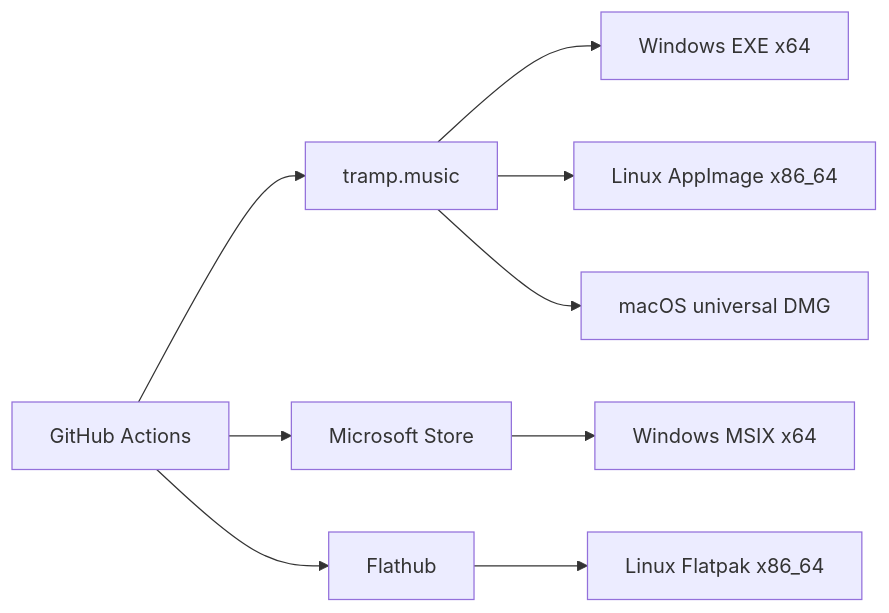
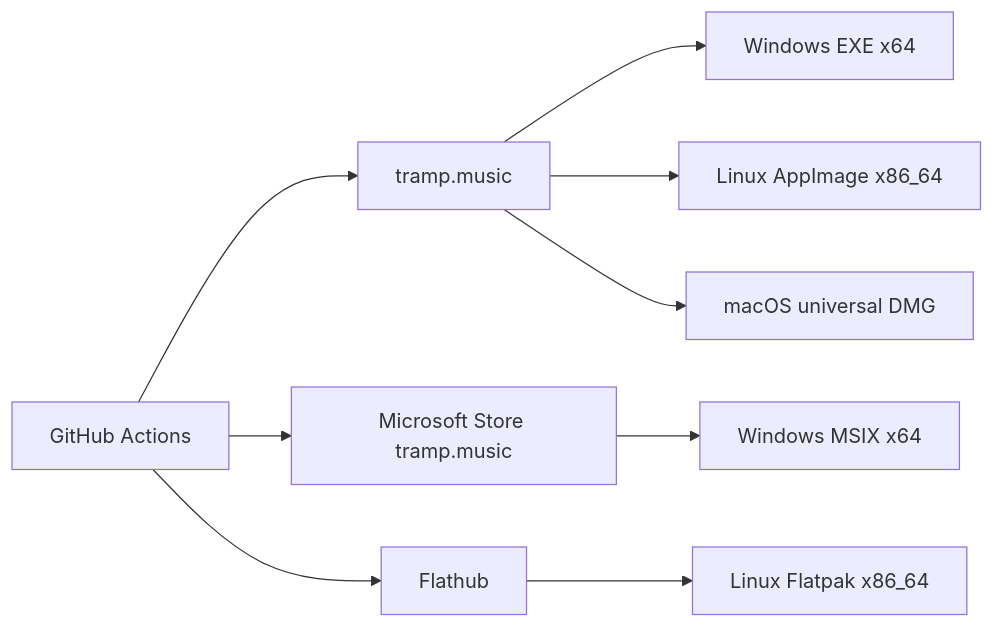
Before and after one commit to eliranbenishai/aoide: the first of 2 diagrams in docs/architecture.md, drawn with Mermaid. The commit also changed other lines of this file and 6 other files, not shown here.

First line of the commit message:
Record tramp.music as the Microsoft Store listing name.

````diff
--- a/docs/architecture.md
+++ b/docs/architecture.md
@@ -25,15 +25,15 @@
 ```mermaid
 flowchart LR
   CI[GitHub Actions]
   Site[tramp.music]
-  MS[Microsoft Store]
+  MS[Microsoft Store tramp.music]
   FH[Flathub]
   CI --> Site
   CI --> MS
   CI --> FH
   Site --> WinExe[Windows EXE x64]
   Site --> AppImage[Linux AppImage x86_64]
   Site --> Dmg[macOS universal DMG]
   MS --> Msix[Windows MSIX x64]
   FH --> Flatpak[Linux Flatpak x86_64]
 ```
````
